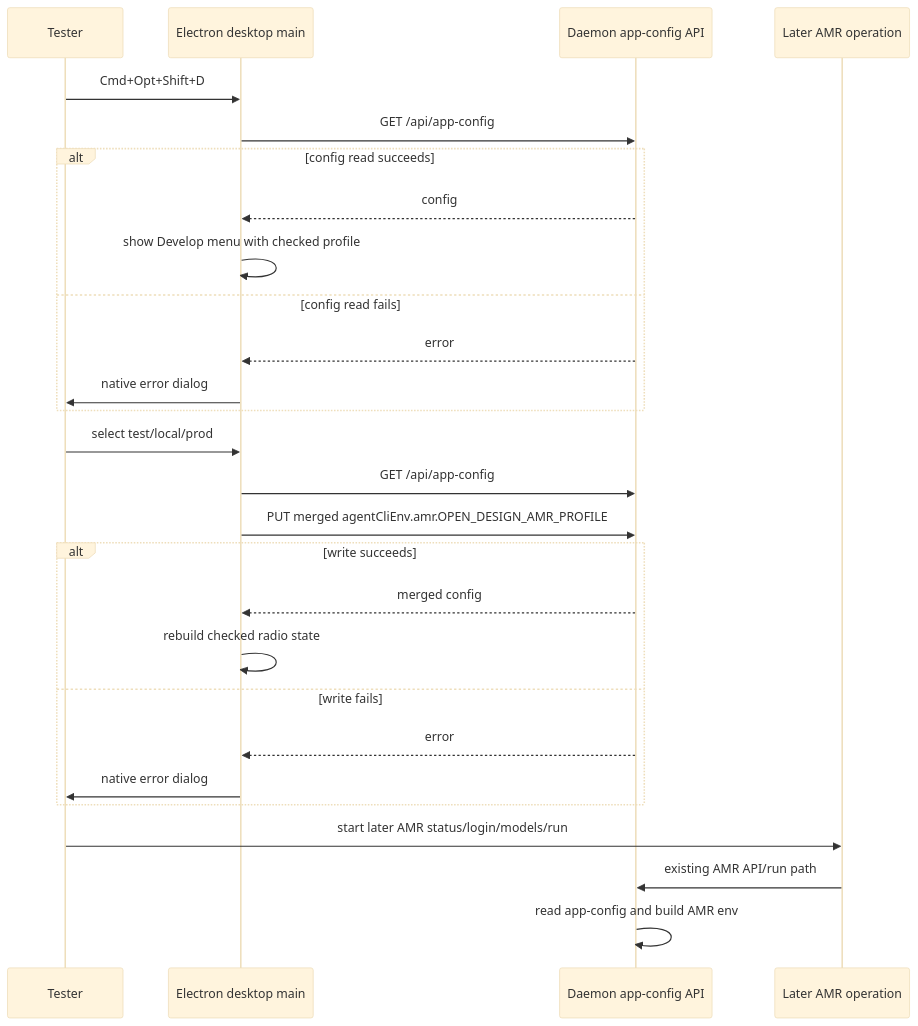
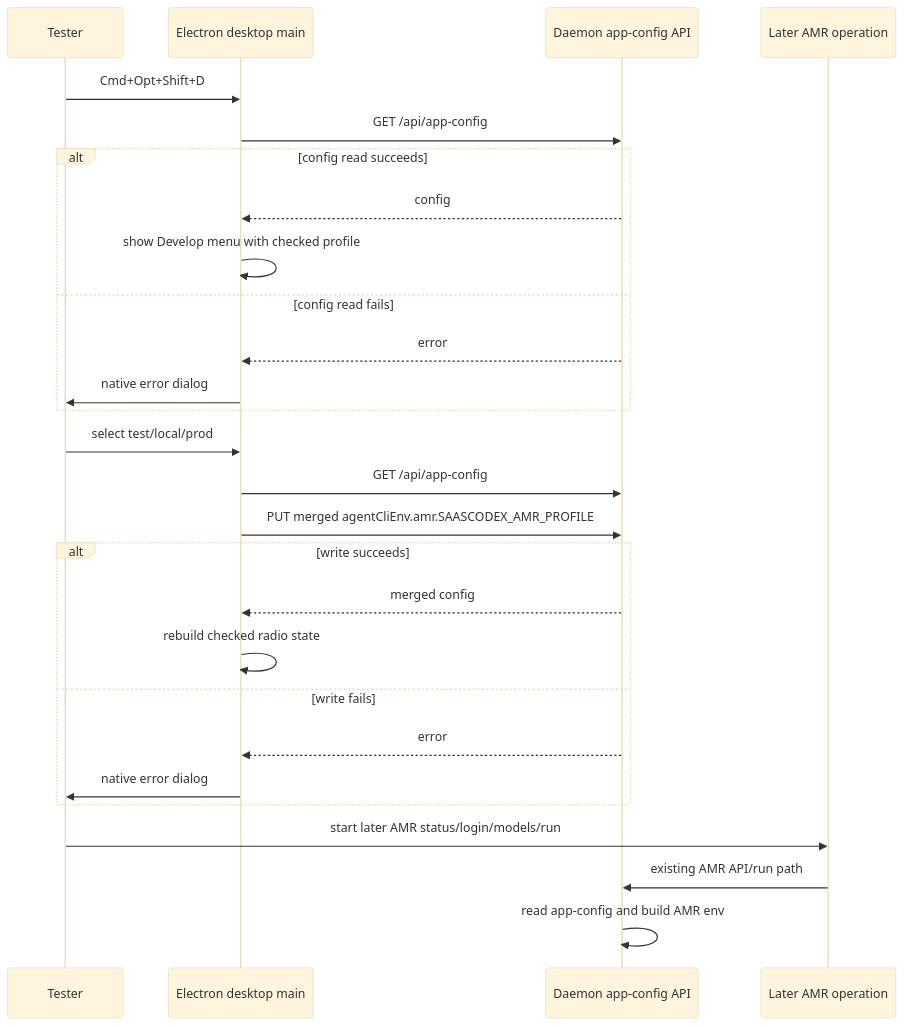
The diagram in specs/change/20260608-hidden-packaged-amr-profile-menu/spec.md (aurora-ember-bio-lab/saascodex), drawn with Mermaid (base theme) before and after one commit. The commit also changed other lines of this file and 5818 other files, not shown here.

Commit message:
feat: rebrand OpenDesign to SaaSCodex (author: Aurora Ember Cyber Bio Lab)

````diff
--- a/specs/change/20260608-hidden-packaged-amr-profile-menu/spec.md
+++ b/specs/change/20260608-hidden-packaged-amr-profile-menu/spec.md
@@ -288,32 +288,32 @@
 ```mermaid
 sequenceDiagram
   participant Tester
   participant Desktop as Electron desktop main
   participant Daemon as Daemon app-config API
   participant AMR as Later AMR operation
 
   Tester->>Desktop: Cmd+Opt+Shift+D
   Desktop->>Daemon: GET /api/app-config
   alt config read succeeds
     Daemon-->>Desktop: config
     Desktop->>Desktop: show Develop menu with checked profile
   else config read fails
     Daemon-->>Desktop: error
     Desktop->>Tester: native error dialog
   end
 
   Tester->>Desktop: select test/local/prod
   Desktop->>Daemon: GET /api/app-config
-  Desktop->>Daemon: PUT merged agentCliEnv.amr.OPEN_DESIGN_AMR_PROFILE
+  Desktop->>Daemon: PUT merged agentCliEnv.amr.SAASCODEX_AMR_PROFILE
   alt write succeeds
     Daemon-->>Desktop: merged config
     Desktop->>Desktop: rebuild checked radio state
   else write fails
     Daemon-->>Desktop: error
     Desktop->>Tester: native error dialog
   end
 
   Tester->>AMR: start later AMR status/login/models/run
   AMR->>Daemon: existing AMR API/run path
   Daemon->>Daemon: read app-config and build AMR env
 ```
````
